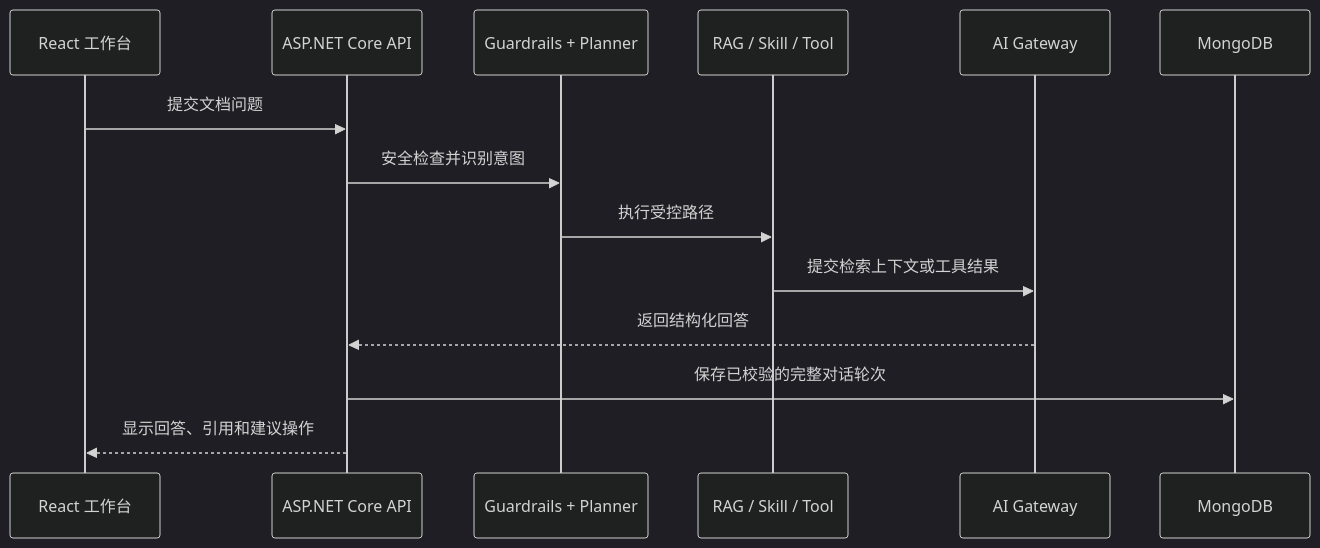
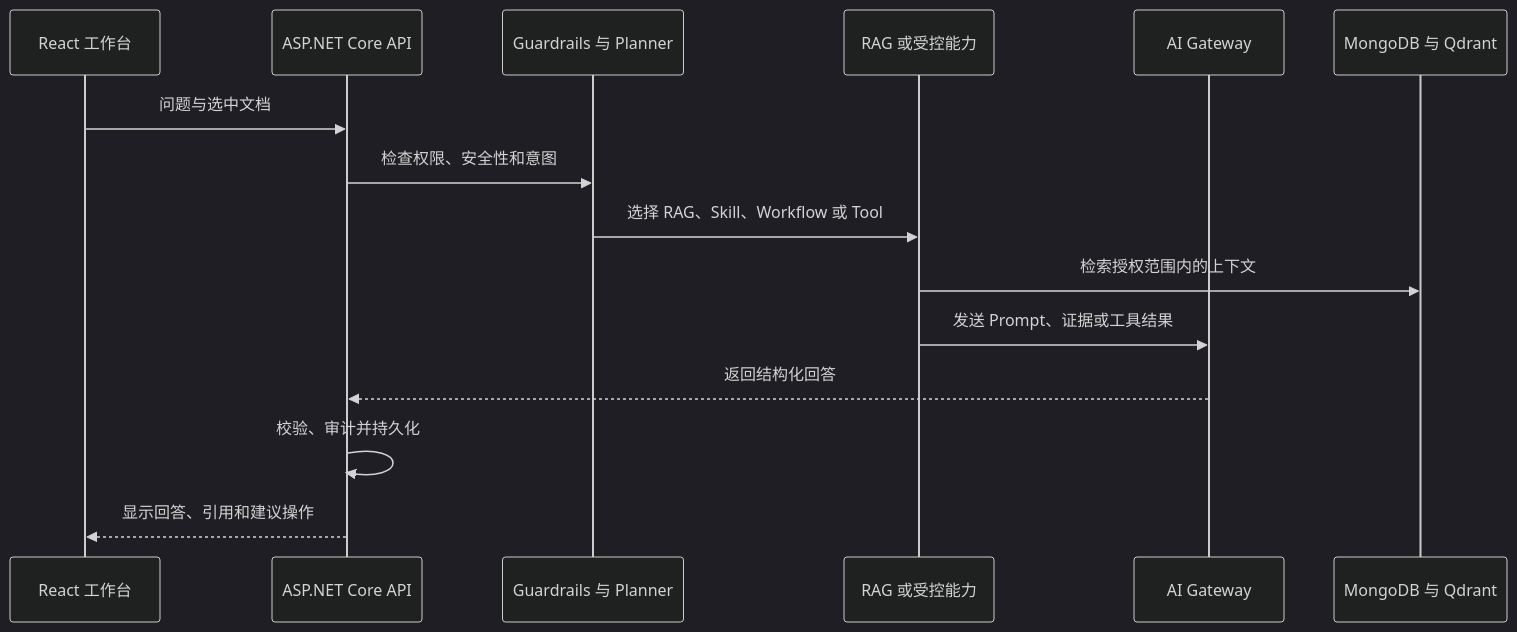
Before and after one commit to haoyucheng369-gif/enterprise-ai-document-assistant: the second of 2 diagrams in README.zh-CN.md, drawn with Mermaid (dark theme). The commit also changed other lines of this file and 21 other files, not shown here.

````diff
--- a/README.zh-CN.md
+++ b/README.zh-CN.md
@@ -45,17 +37,18 @@
 ```mermaid
 sequenceDiagram
     participant UI as React 工作台
     participant API as ASP.NET Core API
-    participant Plan as Guardrails + Planner
-    participant Capability as RAG / Skill / Tool
+    participant Route as Guardrails 与 Planner
+    participant App as RAG 或受控能力
     participant AI as AI Gateway
-    participant DB as MongoDB
+    participant Data as MongoDB 与 Qdrant
 
-    UI->>API: 提交文档问题
-    API->>Plan: 安全检查并识别意图
-    Plan->>Capability: 执行受控路径
-    Capability->>AI: 提交检索上下文或工具结果
+    UI->>API: 问题与选中文档
+    API->>Route: 检查权限、安全性和意图
+    Route->>App: 选择 RAG、Skill、Workflow 或 Tool
+    App->>Data: 检索授权范围内的上下文
+    App->>AI: 发送 Prompt、证据或工具结果
     AI-->>API: 返回结构化回答
-    API->>DB: 保存已校验的完整对话轮次
+    API->>API: 校验、审计并持久化
     API-->>UI: 显示回答、引用和建议操作
 ```
````
